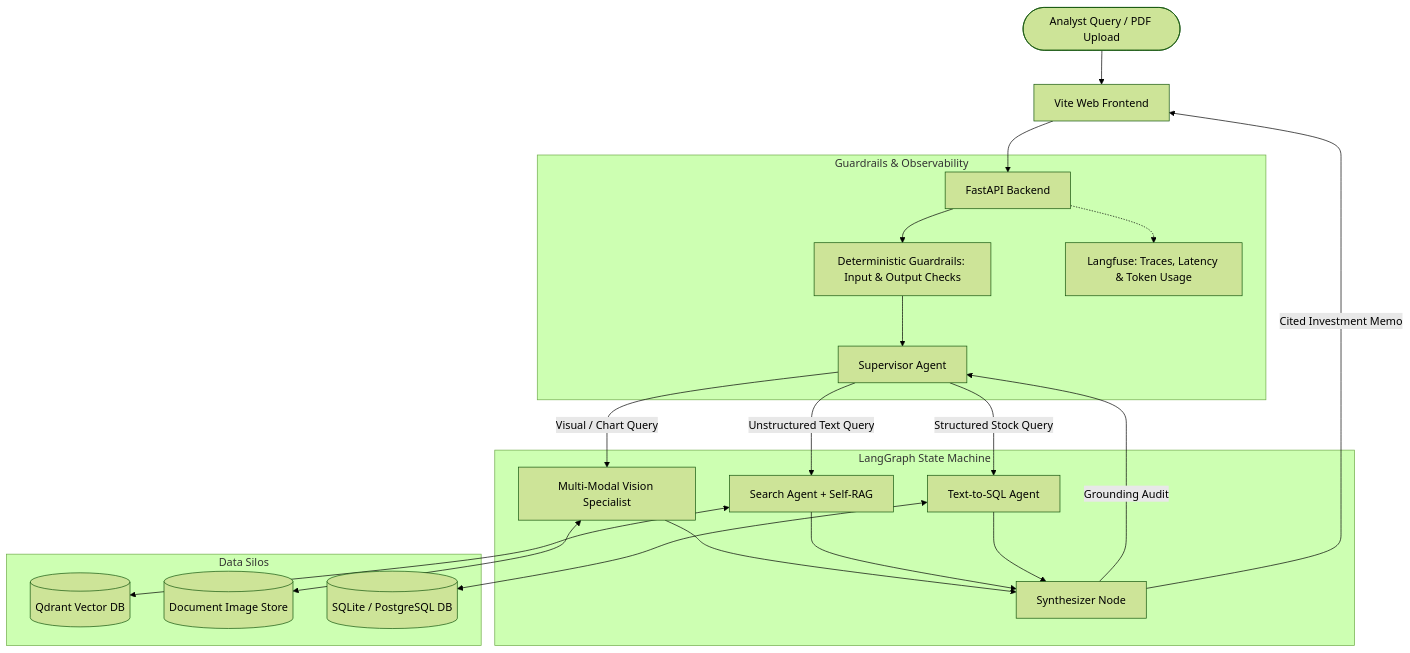
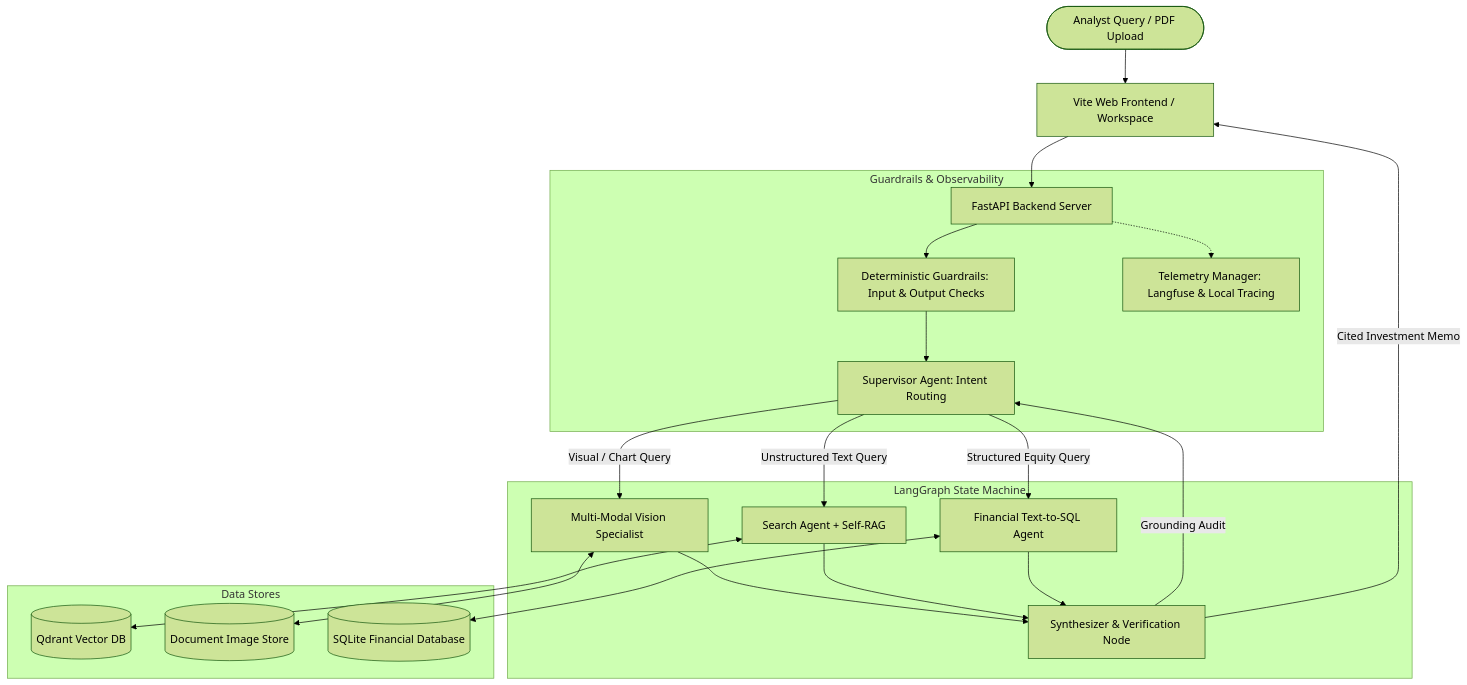
The diagram in README.md (akhilcodi5/omnibrain-group2), drawn with Mermaid (forest theme) before and after one commit. The commit also changed other lines of this file and 4 other files, not shown here.

Commit message:
docs: finalize production README with UI screenshots and full architecture guide

````diff
--- a/README.md
+++ b/README.md
@@ -104,31 +127,31 @@
 ```mermaid
 flowchart TD
-    User([Analyst Query / PDF Upload]) --> UI[Vite Web Frontend]
-    UI --> API[FastAPI Backend]
+    User([Analyst Query / PDF Upload]) --> UI[Vite Web Frontend / Workspace]
+    UI --> API[FastAPI Backend Server]
     
     subgraph Guardrails & Observability
         API --> Guardrails[Deterministic Guardrails: Input & Output Checks]
-        Guardrails --> Supervisor[Supervisor Agent]
-        API -.-> Langfuse[Langfuse: Traces, Latency & Token Usage]
+        Guardrails --> Supervisor[Supervisor Agent: Intent Routing]
+        API -.-> Telemetry[Telemetry Manager: Langfuse & Local Tracing]
     end
 
     subgraph Agentic Orchestrator [LangGraph State Machine]
         Supervisor -->|Visual / Chart Query| VisionAgent[Multi-Modal Vision Specialist]
         Supervisor -->|Unstructured Text Query| SearchAgent[Search Agent + Self-RAG]
-        Supervisor -->|Structured Stock Query| SQLAgent[Text-to-SQL Agent]
+        Supervisor -->|Structured Equity Query| SQLAgent[Financial Text-to-SQL Agent]
         
-        VisionAgent --> Synthesizer[Synthesizer Node]
+        VisionAgent --> Synthesizer[Synthesizer & Verification Node]
         SearchAgent --> Synthesizer
         SQLAgent --> Synthesizer
         
         Synthesizer -->|Grounding Audit| Supervisor
     end
 
-    subgraph Data Silos
+    subgraph Data Stores
         SearchAgent <--> Qdrant[(Qdrant Vector DB)]
         VisionAgent <--> ImageStore[(Document Image Store)]
-        SQLAgent <--> SQLDB[(SQLite / PostgreSQL DB)]
+        SQLAgent <--> SQLDB[(SQLite Financial Database)]
     end
 
     Synthesizer -->|Cited Investment Memo| UI
 ```
````
